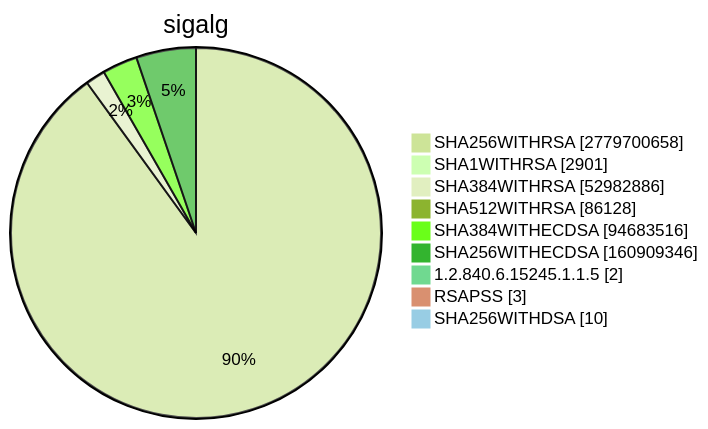
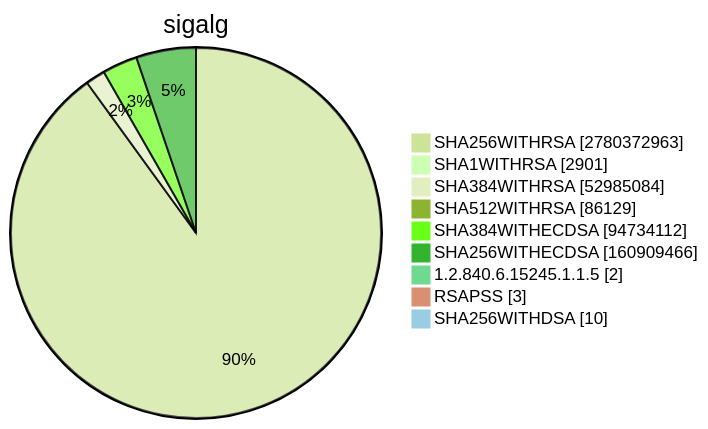
One commit to christiankrug/ctmonitor_visualization changed diagram 15 of 15 in TOTAL/README.md. Above: the diagram before and after it, drawn with Mermaid (forest theme). The commit also changed other lines of this file, not shown here.

````diff
--- a/TOTAL/README.md
+++ b/TOTAL/README.md
@@ -6207,13 +6207,13 @@
 ```mermaid
 pie showData
 title sigalg
-"SHA256WITHRSA" :2779700658
+"SHA256WITHRSA" :2780372963
 "SHA1WITHRSA" :2901
-"SHA384WITHRSA" :52982886
-"SHA512WITHRSA" :86128
-"SHA384WITHECDSA" :94683516
-"SHA256WITHECDSA" :160909346
+"SHA384WITHRSA" :52985084
+"SHA512WITHRSA" :86129
+"SHA384WITHECDSA" :94734112
+"SHA256WITHECDSA" :160909466
 "1.2.840.6.15245.1.1.5" :2
 "RSAPSS" :3
 "SHA256WITHDSA" :10
 ```
````
